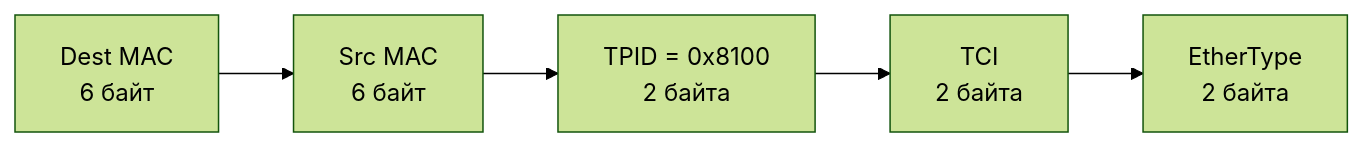
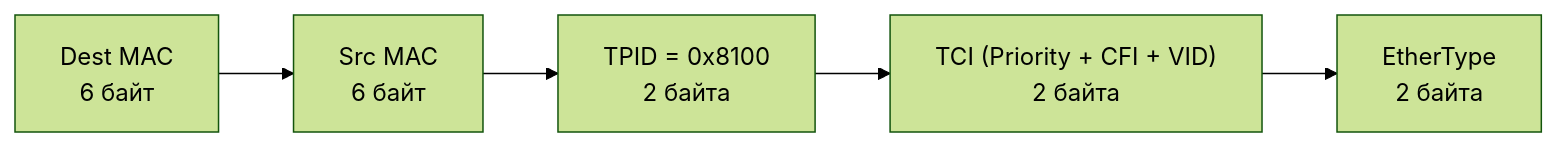
Before and after one commit to Dzhambulat-Kagermanov/obsidian-ggkit-C1.23.41: the diagram in ПМ.02 Организация сетевого администрирования операционных систем/5. Основы по сетям. Канальный уровень L2.md, drawn with Mermaid (forest theme). The commit also changed other lines of this file, not shown here.

````diff
--- a/ПМ.02 Организация сетевого администрирования операционных систем/5. Основы по сетям. Канальный уровень L2.md
+++ b/ПМ.02 Организация сетевого администрирования операционных систем/5. Основы по сетям. Канальный уровень L2.md
@@ -37,7 +37,7 @@
 ```mermaid
 graph LR
   DMAC["Dest MAC<br/>6 байт"] --> SMAC["Src MAC<br/>6 байт"]
   SMAC --> TPID["TPID = 0x8100<br/>2 байта"]
-  TPID --> TCI["TCI<br/>2 байта"]
+  TPID --> TCI["TCI (Priority + CFI + VID)<br/>2 байта"]
   TCI --> ET["EtherType<br/>2 байта"]
 ```
````
